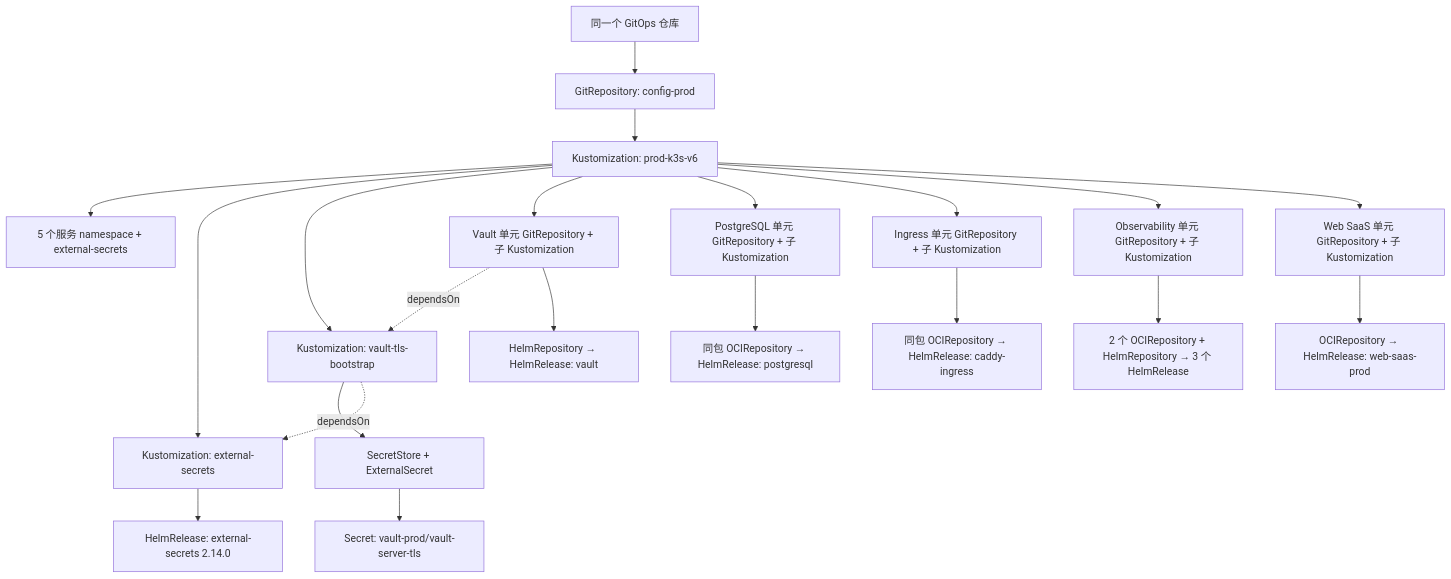
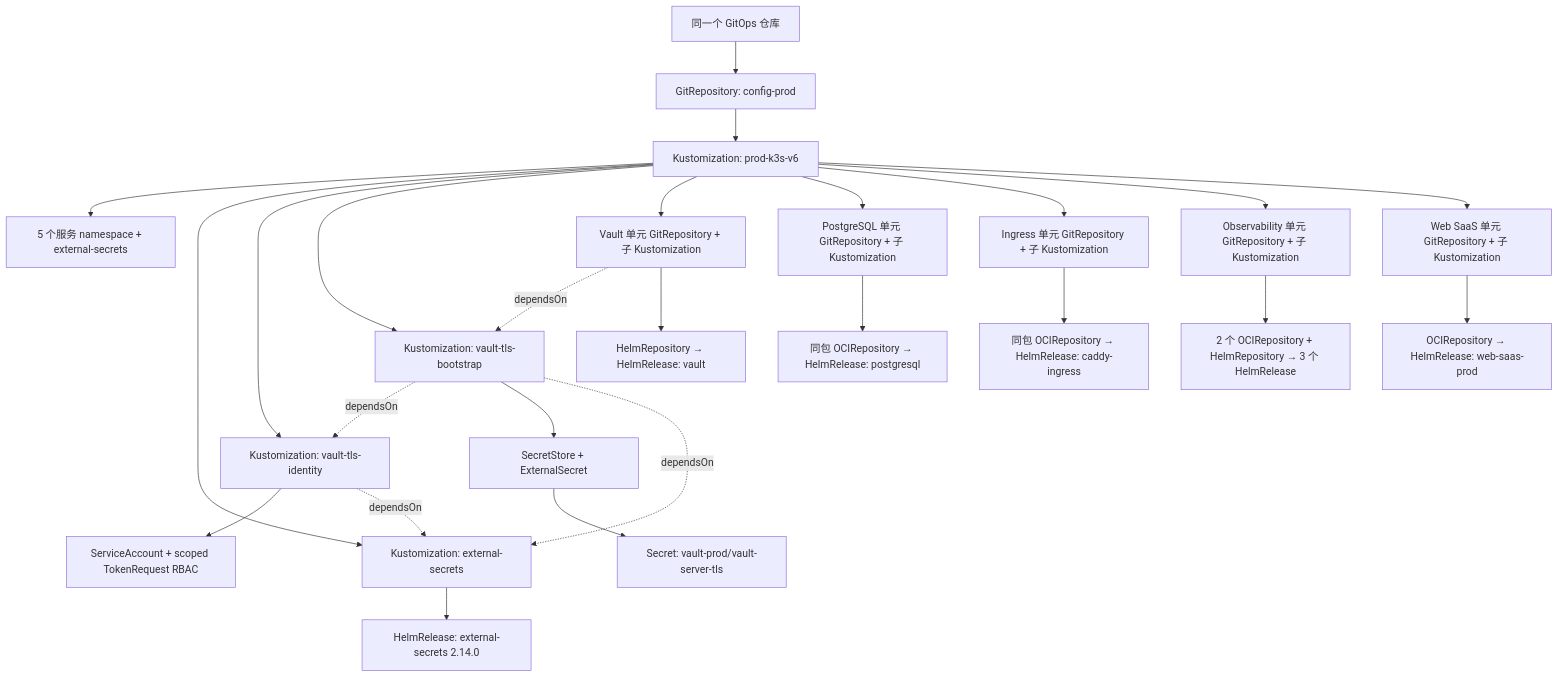
Before and after one commit to ai-workspace-infra/gitops: the diagram in docs/prod-k3s-v6-gitops-hierarchy.md, drawn with Mermaid. The commit also changed other lines of this file and 10 other files, not shown here.

First line of the commit message:
Separate V6 Vault TLS identity and synchronization gates (#665)

````diff
--- a/docs/prod-k3s-v6-gitops-hierarchy.md
+++ b/docs/prod-k3s-v6-gitops-hierarchy.md
@@ -8,23 +8,27 @@
 ```mermaid
 flowchart TD
   Repo[同一个 GitOps 仓库] --> Bootstrap[GitRepository: config-prod]
   Bootstrap --> Root[Kustomization: prod-k3s-v6]
   Root --> NS[5 个服务 namespace + external-secrets]
   Root --> ESO[Kustomization: external-secrets]
   ESO --> EHR[HelmRelease: external-secrets 2.14.0]
+  Root --> ID[Kustomization: vault-tls-identity]
+  ID --> SA[ServiceAccount + scoped TokenRequest RBAC]
+  ID -. dependsOn .-> ESO
   Root --> TLS[Kustomization: vault-tls-bootstrap]
+  TLS -. dependsOn .-> ID
   TLS --> Ext[SecretStore + ExternalSecret]
   Ext --> TSecret[Secret: vault-prod/vault-server-tls]
   TLS -. dependsOn .-> ESO
   Root --> V[Vault 单元 GitRepository + 子 Kustomization]
   Root --> P[PostgreSQL 单元 GitRepository + 子 Kustomization]
   Root --> I[Ingress 单元 GitRepository + 子 Kustomization]
   Root --> O[Observability 单元 GitRepository + 子 Kustomization]
   Root --> W[Web SaaS 单元 GitRepository + 子 Kustomization]
   V -. dependsOn .-> TLS
   V --> VH[HelmRepository → HelmRelease: vault]
   P --> PH[同包 OCIRepository → HelmRelease: postgresql]
   I --> IH[同包 OCIRepository → HelmRelease: caddy-ingress]
   O --> OH[2 个 OCIRepository + HelmRepository → 3 个 HelmRelease]
   W --> WH[OCIRepository → HelmRelease: web-saas-prod]
 ```
````
